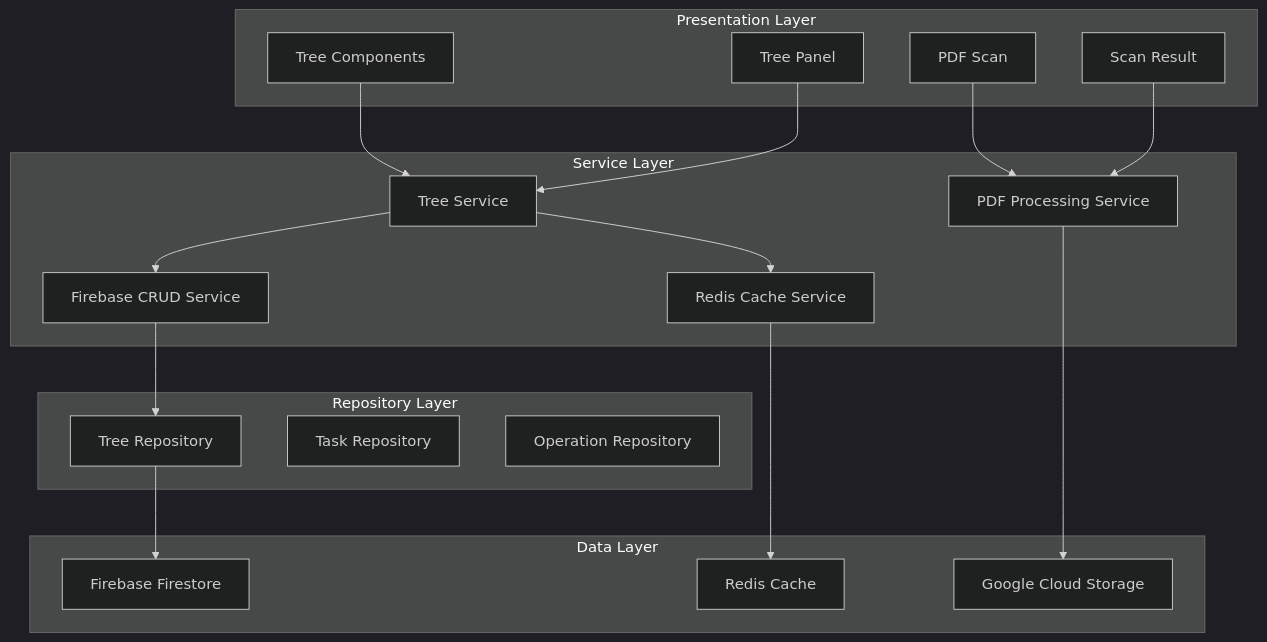
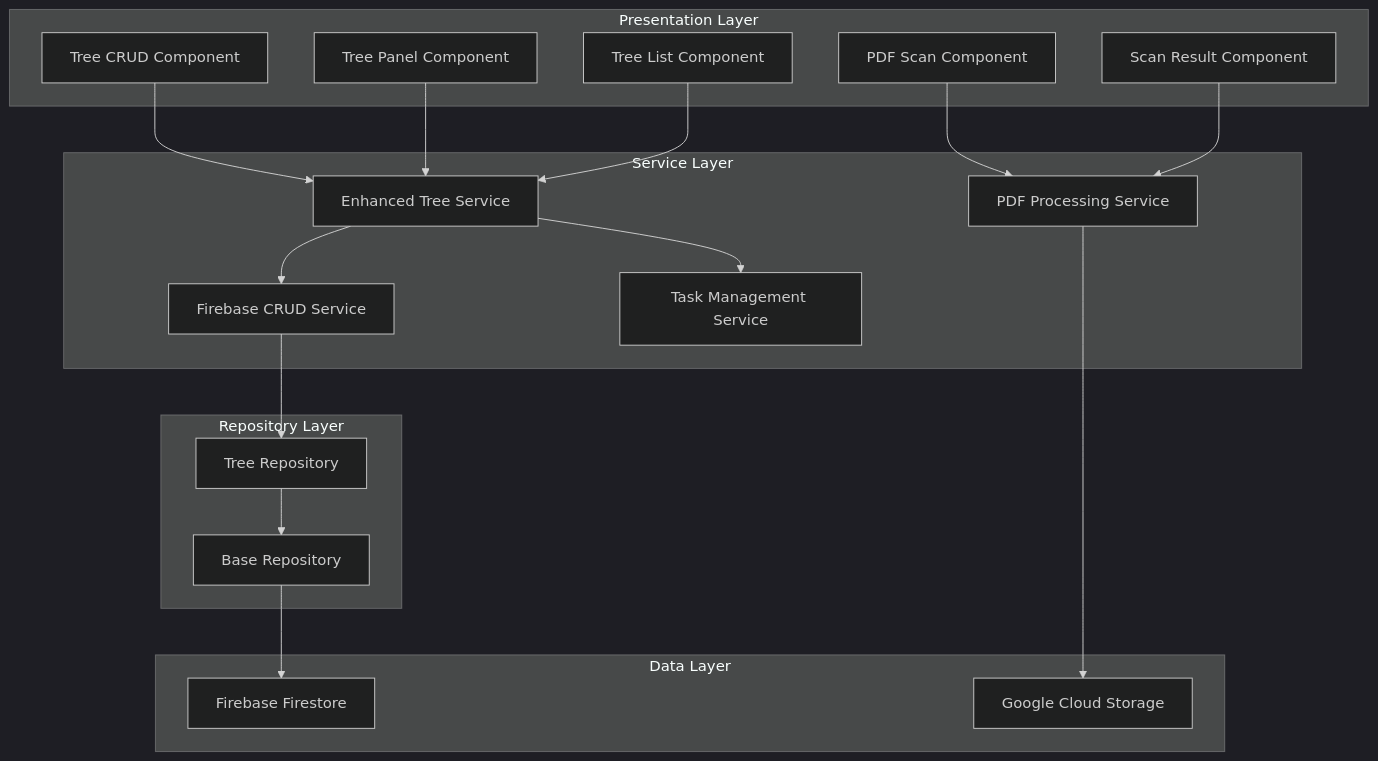
One commit to ac484/ng-alain changed the first of 2 diagrams in .kiro/specs/tree-feature-migration/design.md. Above: the diagram before and after it, drawn with Mermaid (dark theme). The commit also changed other lines of this file and 2 other files, not shown here.

Commit message:
新增樹狀功能遷移的實施計劃文檔，詳細列出各項任務及其需求，包括數據模型、Redis 快取整合、Firebase CRUD 功能遷移、任務管理系統等，旨在提升專案的可維護性與擴展性。

````diff
--- a/.kiro/specs/tree-feature-migration/design.md
+++ b/.kiro/specs/tree-feature-migration/design.md
@@ -13,39 +13,39 @@
 ```mermaid
 graph TB
     subgraph "Presentation Layer"
-        A[Tree Components]
-        B[Tree Panel]
-        C[PDF Scan]
-        D[Scan Result]
+        A[Tree CRUD Component]
+        B[Tree Panel Component]
+        C[PDF Scan Component]
+        D[Scan Result Component]
+        E[Tree List Component]
     end
     
     subgraph "Service Layer"
-        E[Tree Service]
-        F[Firebase CRUD Service]
-        G[Redis Cache Service]
+        F[Enhanced Tree Service]
+        G[Firebase CRUD Service]
         H[PDF Processing Service]
+        I[Task Management Service]
     end
     
     subgraph "Repository Layer"
-        I[Tree Repository]
-        J[Task Repository]
-        K[Operation Repository]
+        J[Tree Repository]
+        K[Base Repository]
     end
     
     subgraph "Data Layer"
         L[Firebase Firestore]
-        M[Redis Cache]
-        N[Google Cloud Storage]
+        M[Google Cloud Storage]
     end
     
-    A --> E
-    B --> E
+    A --> F
+    B --> F
     C --> H
     D --> H
     E --> F
-    E --> G
+    F --> G
     F --> I
-    G --> M
-    I --> L
-    H --> N
+    G --> J
+    J --> K
+    K --> L
+    H --> M
 ```
````
